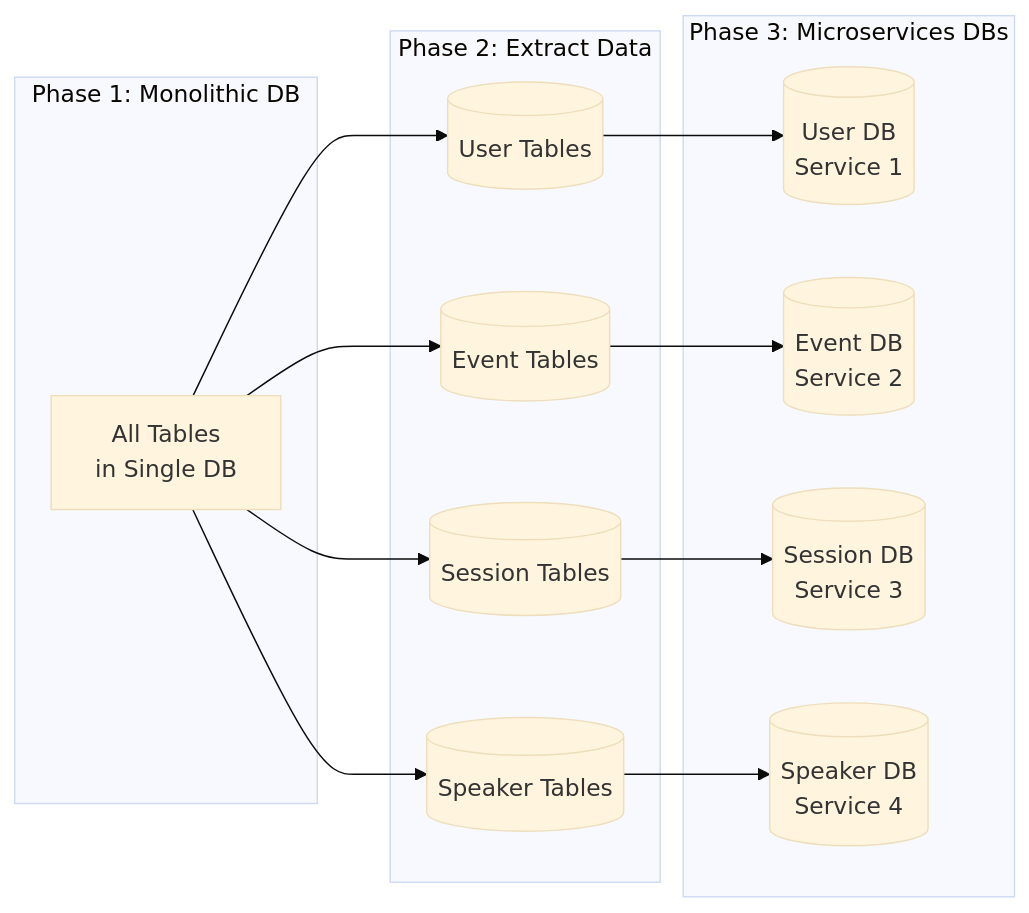
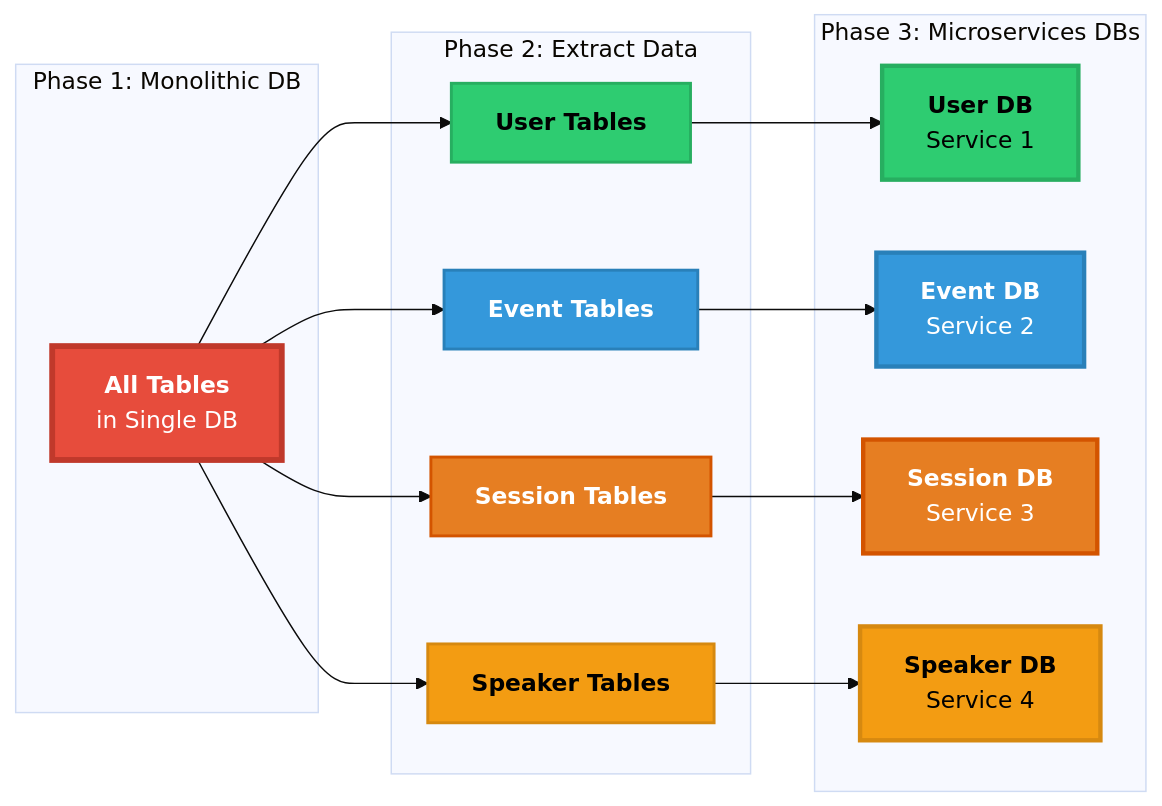
One commit to martimmpr/epicjunior-backend-db-course changed the tenth of 10 diagrams in diagrams/database-schemas.md. Above: the diagram before and after it, drawn with Mermaid (base theme). The commit also changed other lines of this file and 3 other files, not shown here.

Commit message:
docs: Improved Diagrams Readability.

````diff
--- a/diagrams/database-schemas.md
+++ b/diagrams/database-schemas.md
@@ -617,26 +623,36 @@
 ```mermaid
 graph LR
     subgraph "Phase 1: Monolithic DB"
-        M[All Tables<br/>in Single DB]
+        M["<b>All Tables</b><br/>in Single DB"]
     end
     
     subgraph "Phase 2: Extract Data"
-        U[(User Tables)]
-        E[(Event Tables)]
-        S[(Session Tables)]
-        Sp[(Speaker Tables)]
+        U["<b>User Tables</b>"]
+        E["<b>Event Tables</b>"]
+        S["<b>Session Tables</b>"]
+        Sp["<b>Speaker Tables</b>"]
     end
     
     subgraph "Phase 3: Microservices DBs"
-        U2[(User DB<br/>Service 1)]
-        E2[(Event DB<br/>Service 2)]
-        S2[(Session DB<br/>Service 3)]
-        Sp2[(Speaker DB<br/>Service 4)]
+        U2["<b>User DB</b><br/>Service 1"]
+        E2["<b>Event DB</b><br/>Service 2"]
+        S2["<b>Session DB</b><br/>Service 3"]
+        Sp2["<b>Speaker DB</b><br/>Service 4"]
     end
     
     M --> U & E & S & Sp
     U --> U2
     E --> E2
     S --> S2
     Sp --> Sp2
+    
+    style M fill:#e74c3c,stroke:#c0392b,stroke-width:4px,color:#fff
+    style U fill:#2ecc71,stroke:#27ae60,stroke-width:2px,color:#000
+    style E fill:#3498db,stroke:#2980b9,stroke-width:2px,color:#fff
+    style S fill:#e67e22,stroke:#d35400,stroke-width:2px,color:#fff
+    style Sp fill:#f39c12,stroke:#d68910,stroke-width:2px,color:#000
+    style U2 fill:#2ecc71,stroke:#27ae60,stroke-width:3px,color:#000
+    style E2 fill:#3498db,stroke:#2980b9,stroke-width:3px,color:#fff
+    style S2 fill:#e67e22,stroke:#d35400,stroke-width:3px,color:#fff
+    style Sp2 fill:#f39c12,stroke:#d68910,stroke-width:3px,color:#000
 ```
````
